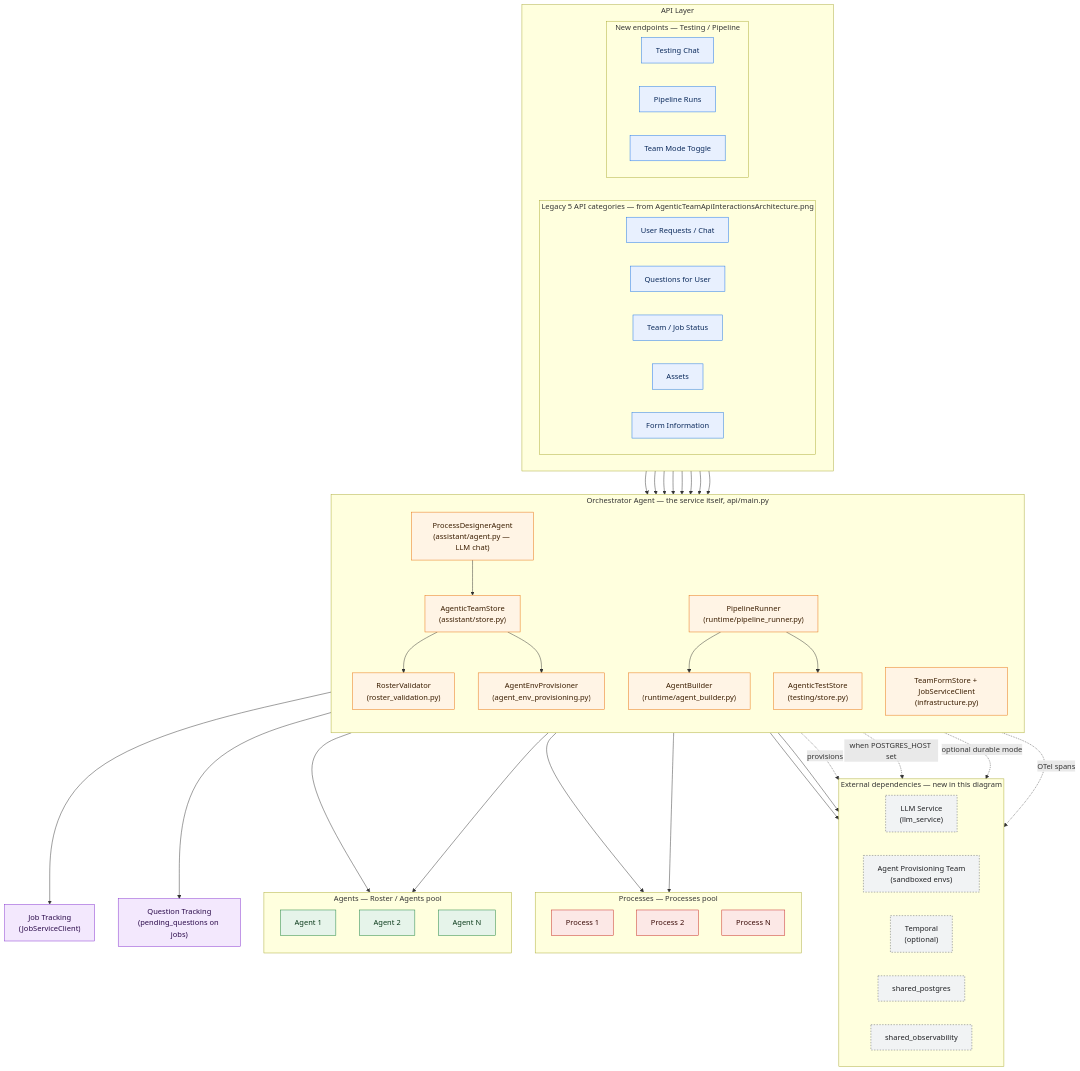
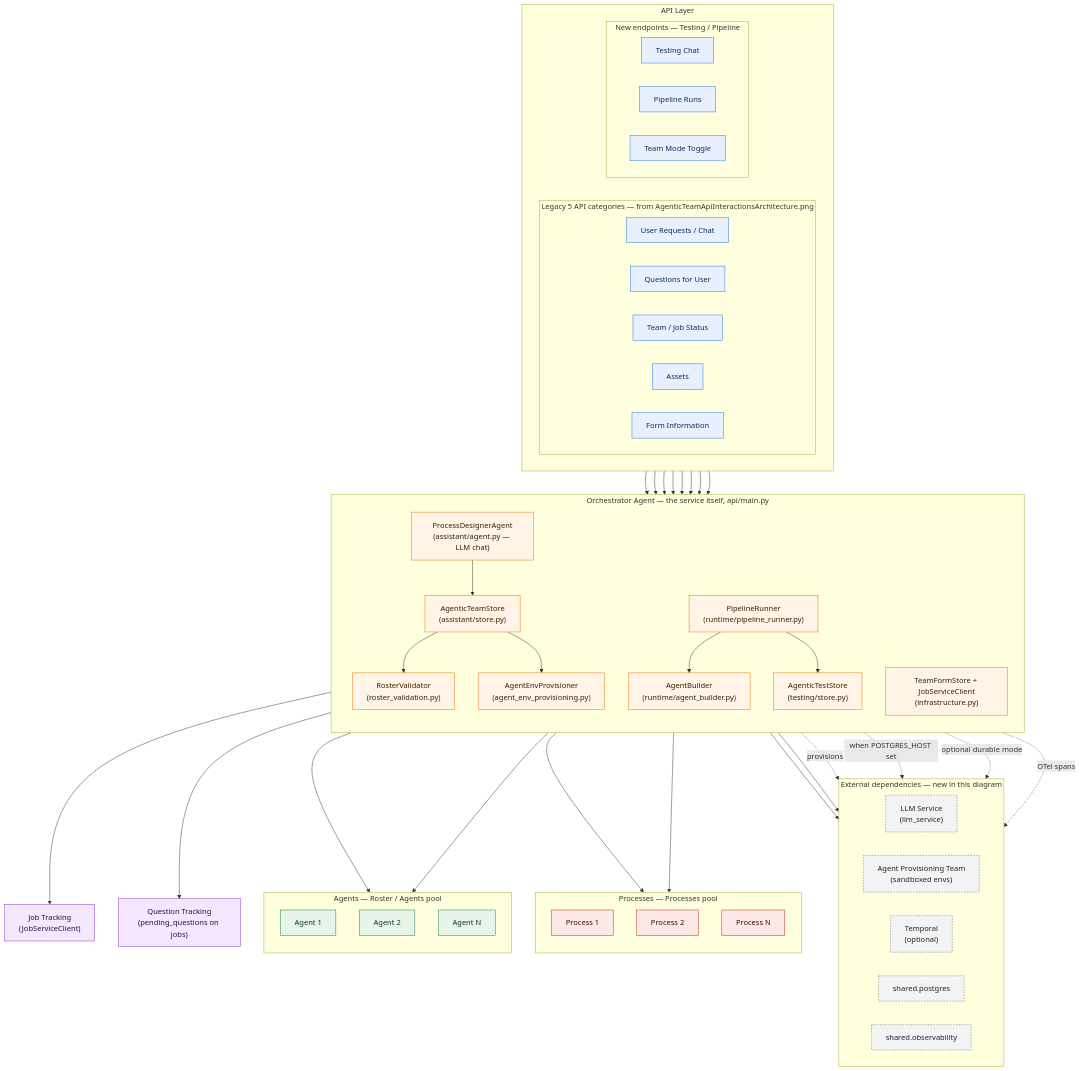
Before and after one commit to brandonkindred/Khala-Agentic-AI-Teams: the first of 3 diagrams in backend/agents/agentic_team_provisioning/system_design/architecture.md, drawn with Mermaid. The commit also changed other lines of this file and 575 other files, not shown here.

```diff
--- a/backend/agents/agentic_team_provisioning/system_design/architecture.md
+++ b/backend/agents/agentic_team_provisioning/system_design/architecture.md
@@ -66,8 +66,8 @@
         LLM["LLM Service<br/>(llm_service)"]
         APT["Agent Provisioning Team<br/>(sandboxed envs)"]
         Temporal["Temporal<br/>(optional)"]
-        PG["shared_postgres"]
-        OTEL["shared_observability"]
+        PG["shared.postgres"]
+        OTEL["shared.observability"]
     end
 
     %% ---- API Layer → Orchestrator ----
```
